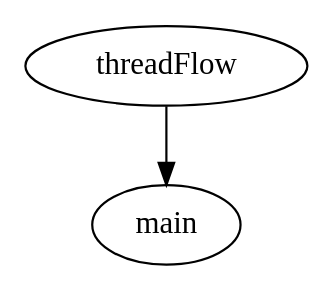
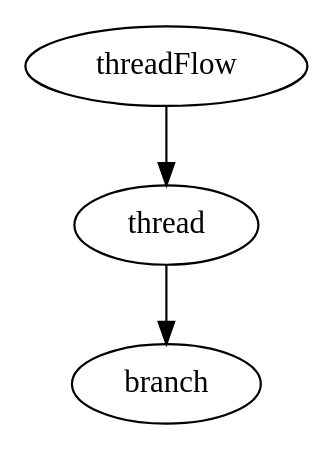
The diagram in feature/chat-thread/routing/src/main/way/thread_flow.dot (DeveloperPalmer/clarify-android), drawn with Graphviz before and after one commit. The commit also changed 11 other files, not shown here.

Commit message:
[thread] Add branch base classes

```diff
--- a/feature/chat-thread/routing/src/main/way/thread_flow.dot
+++ b/feature/chat-thread/routing/src/main/way/thread_flow.dot
@@ -1,11 +1,11 @@
 digraph ThreadFlow {
   package = "ru.sla.clarify.feature.chat.thread.routing"
 
   threadFlow [
     type = "flow"
     parameterName = "id"
     parameterType = "ru.sla.clarify.feature.entity.chat.Peer.Id"
   ]
 
-  threadFlow -> main
+  threadFlow -> thread -> branch
 }
```
